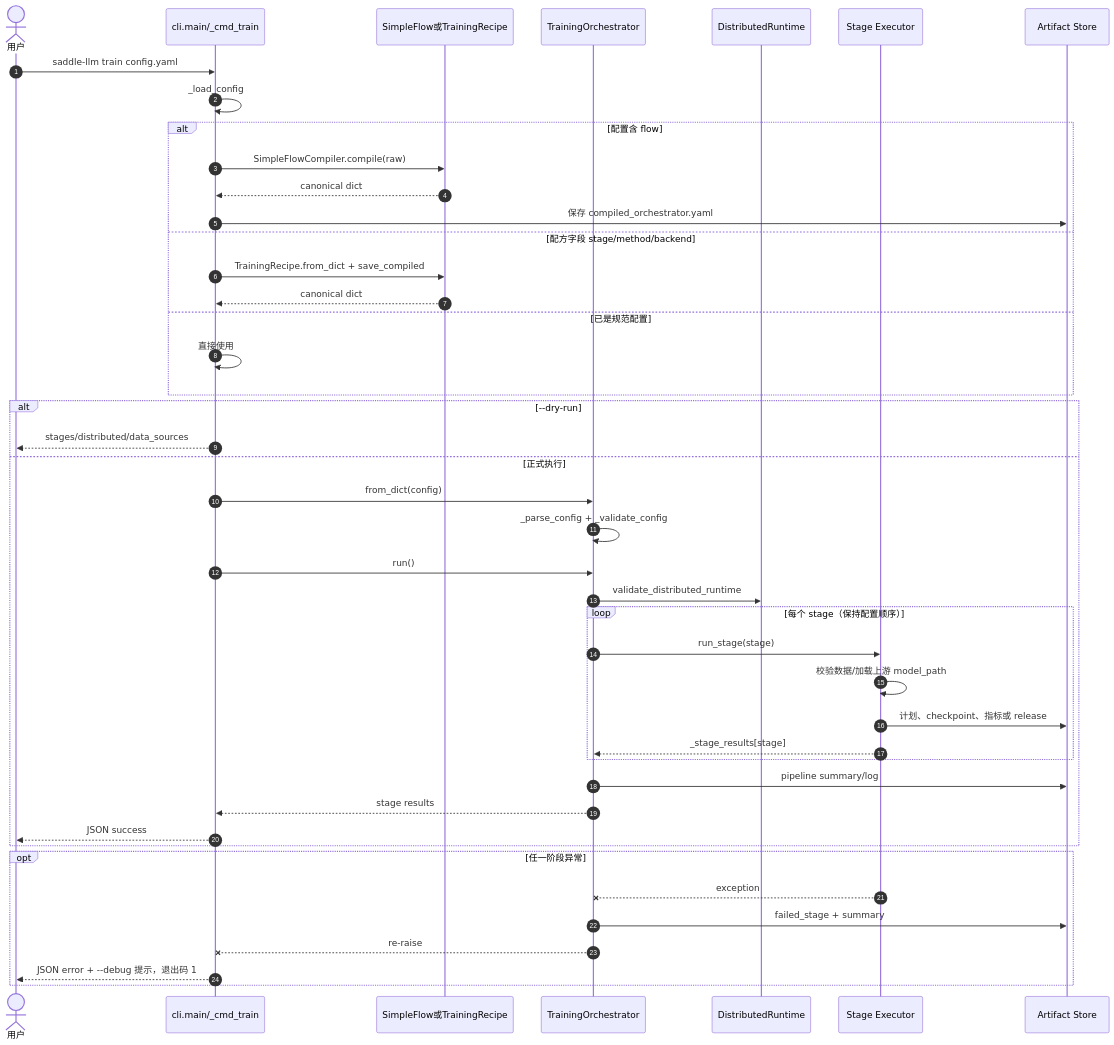
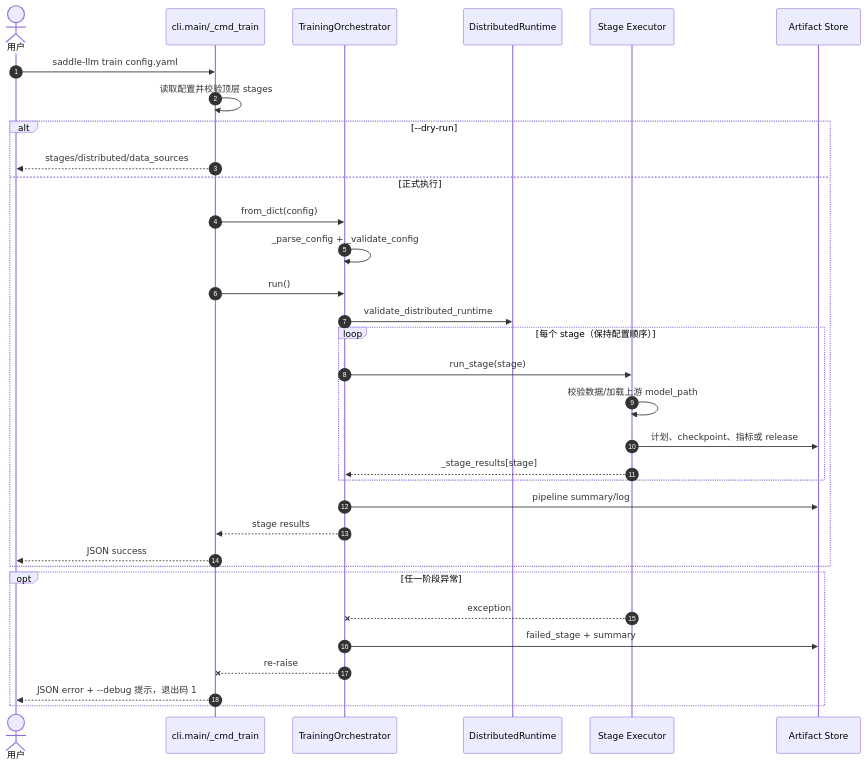
The fifth of 11 diagrams in docs/ARCHITECTURE.md (niqinggood/saddlellm), drawn with Mermaid before and after one commit. The commit also changed other lines of this file and 274 other files, not shown here.

````diff
--- a/docs/ARCHITECTURE.md
+++ b/docs/ARCHITECTURE.md
@@ -434,47 +458,36 @@
 ```mermaid
 sequenceDiagram
     autonumber
     actor U as 用户
     participant CLI as cli.main/_cmd_train
-    participant C as SimpleFlow或TrainingRecipe
     participant O as TrainingOrchestrator
     participant D as DistributedRuntime
     participant S as Stage Executor
     participant A as Artifact Store
 
     U->>CLI: saddle-llm train config.yaml
-    CLI->>CLI: _load_config
-    alt 配置含 flow
-        CLI->>C: SimpleFlowCompiler.compile(raw)
-        C-->>CLI: canonical dict
-        CLI->>A: 保存 compiled_orchestrator.yaml
-    else 配方字段 stage/method/backend
-        CLI->>C: TrainingRecipe.from_dict + save_compiled
-        C-->>CLI: canonical dict
-    else 已是规范配置
-        CLI->>CLI: 直接使用
-    end
+    CLI->>CLI: 读取配置并校验顶层 stages
     alt --dry-run
         CLI-->>U: stages/distributed/data_sources
     else 正式执行
         CLI->>O: from_dict(config)
         O->>O: _parse_config + _validate_config
         CLI->>O: run()
         O->>D: validate_distributed_runtime
         loop 每个 stage（保持配置顺序）
             O->>S: run_stage(stage)
             S->>S: 校验数据/加载上游 model_path
             S->>A: 计划、checkpoint、指标或 release
             S-->>O: _stage_results[stage]
         end
         O->>A: pipeline summary/log
         O-->>CLI: stage results
         CLI-->>U: JSON success
     end
     opt 任一阶段异常
         S--xO: exception
         O->>A: failed_stage + summary
         O--xCLI: re-raise
         CLI-->>U: JSON error + --debug 提示，退出码 1
     end
 ```
````
